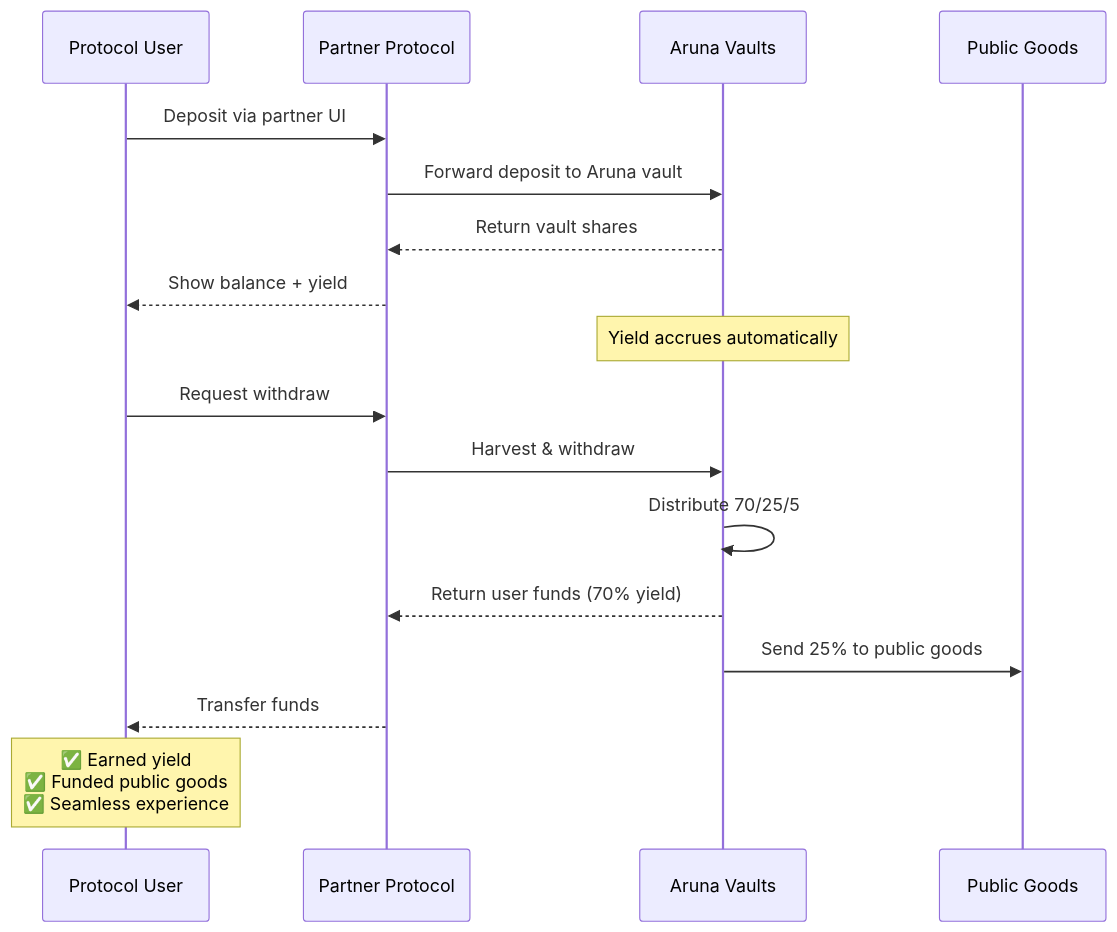
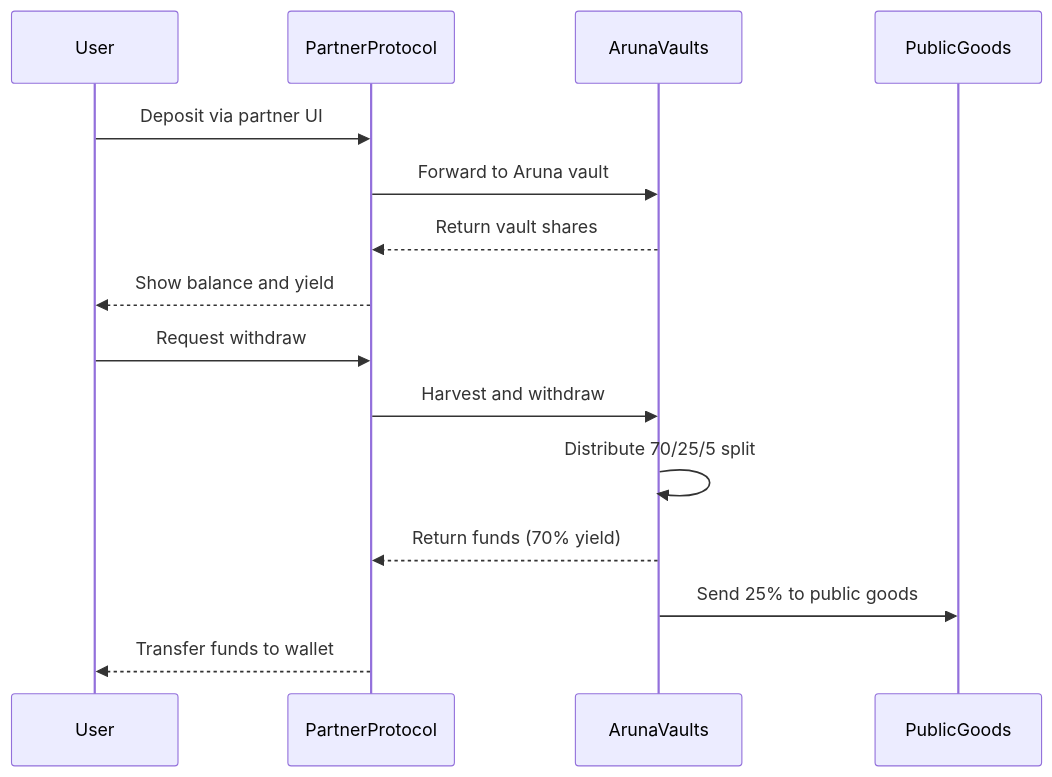
Before and after one commit to yeheskieltame/Aruna: the fifth of 7 diagrams in docs/use-cases.md, drawn with Mermaid. The commit also changed other lines of this file and 7 other files, not shown here.

````diff
--- a/docs/use-cases.md
+++ b/docs/use-cases.md
@@ -152,23 +132,19 @@
 ```mermaid
 sequenceDiagram
-    participant User as Protocol User
-    participant Proto as Partner Protocol
-    participant Aruna as Aruna Vaults
-    participant PG as Public Goods
+    participant User
+    participant PartnerProtocol
+    participant ArunaVaults
+    participant PublicGoods
 
-    User->>Proto: Deposit via partner UI
-    Proto->>Aruna: Forward deposit to Aruna vault
-    Aruna-->>Proto: Return vault shares
-    Proto-->>User: Show balance + yield
+    User->>PartnerProtocol: Deposit via partner UI
+    PartnerProtocol->>ArunaVaults: Forward to Aruna vault
+    ArunaVaults-->>PartnerProtocol: Return vault shares
+    PartnerProtocol-->>User: Show balance and yield
 
-    Note over Aruna: Yield accrues automatically
-
-    User->>Proto: Request withdraw
-    Proto->>Aruna: Harvest & withdraw
-    Aruna->>Aruna: Distribute 70/25/5
-    Aruna-->>Proto: Return user funds (70% yield)
-    Aruna->>PG: Send 25% to public goods
-    Proto-->>User: Transfer funds
-
-    Note over User: ✅ Earned yield<br/>✅ Funded public goods<br/>✅ Seamless experience
+    User->>PartnerProtocol: Request withdraw
+    PartnerProtocol->>ArunaVaults: Harvest and withdraw
+    ArunaVaults->>ArunaVaults: Distribute 70/25/5 split
+    ArunaVaults-->>PartnerProtocol: Return funds (70% yield)
+    ArunaVaults->>PublicGoods: Send 25% to public goods
+    PartnerProtocol-->>User: Transfer funds to wallet
 ```
````
